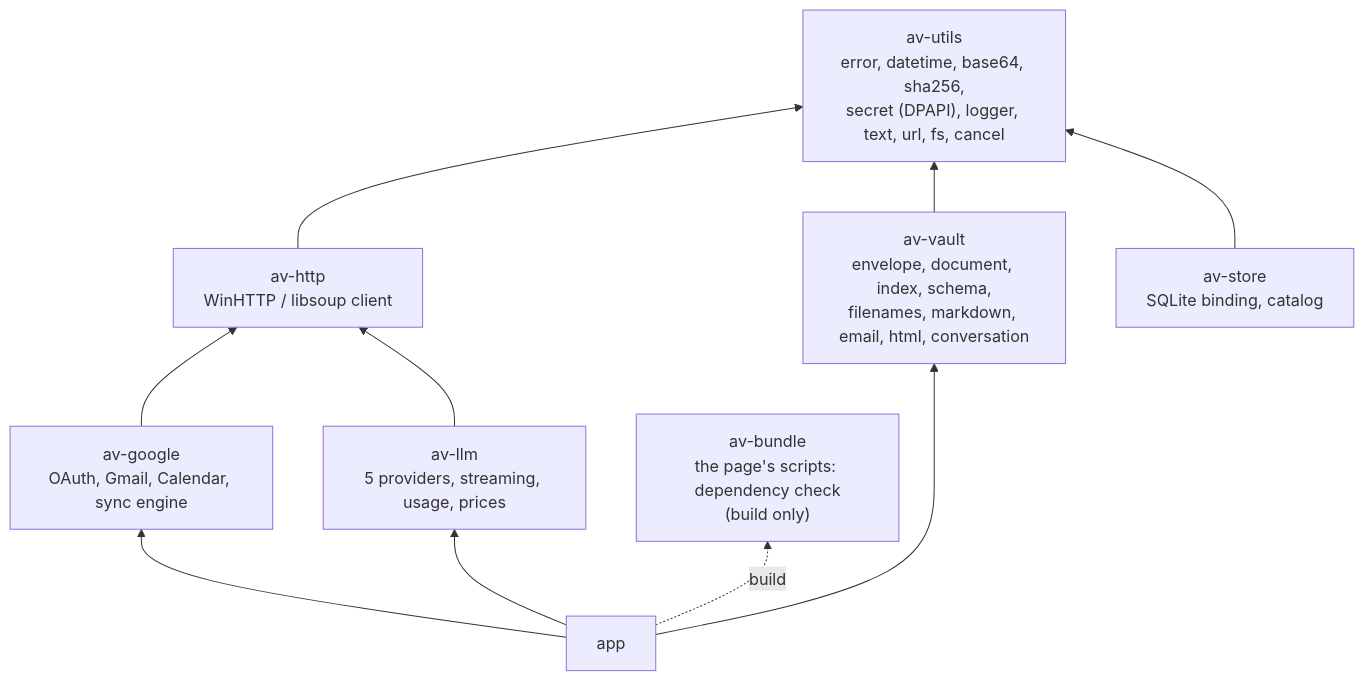
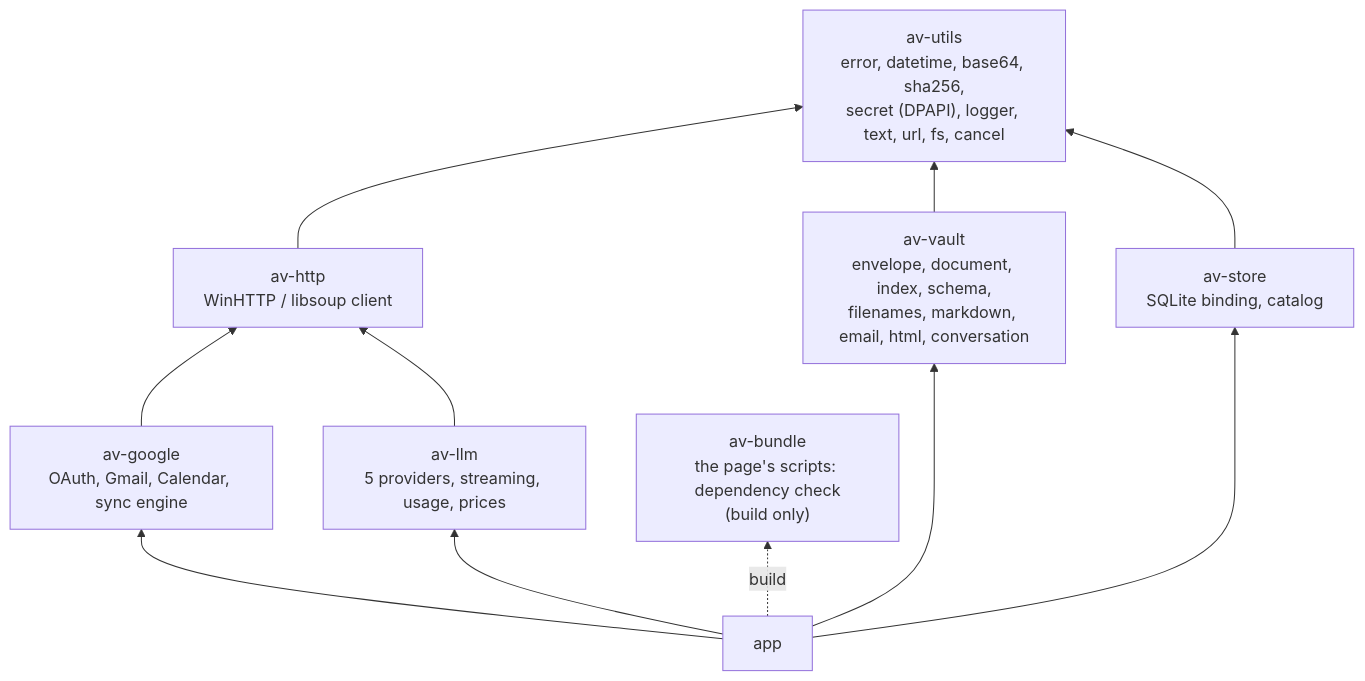
The second of 3 diagrams in docs/architecture.md (steschu77/avelor), drawn with Mermaid before and after one commit. The commit also changed other lines of this file and 16 other files, not shown here.

````diff
--- a/docs/architecture.md
+++ b/docs/architecture.md
@@ -294,20 +299,21 @@
 ```mermaid
 flowchart BT
     utils["av-utils<br/>error, datetime, base64, sha256,<br/>secret (DPAPI), logger, text, url, fs, cancel"]
     http["av-http<br/>WinHTTP / libsoup client"]
     vault["av-vault<br/>envelope, document, index, schema,<br/>filenames, markdown, email, html, conversation"]
     store["av-store<br/>SQLite binding, catalog"]
     google["av-google<br/>OAuth, Gmail, Calendar, sync engine"]
     llm["av-llm<br/>5 providers, streaming, usage, prices"]
     bundle["av-bundle<br/>the page's scripts: dependency check<br/>(build only)"]
     app["app"]
     http --> utils
     vault --> utils
     store --> utils
     google --> http
     llm --> http
     app --> vault
+    app --> store
     app --> google
     app --> llm
     app -. build .-> bundle
 ```
````
